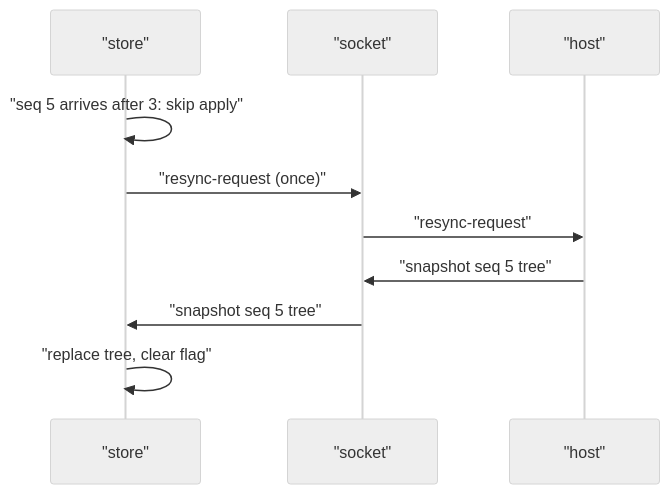
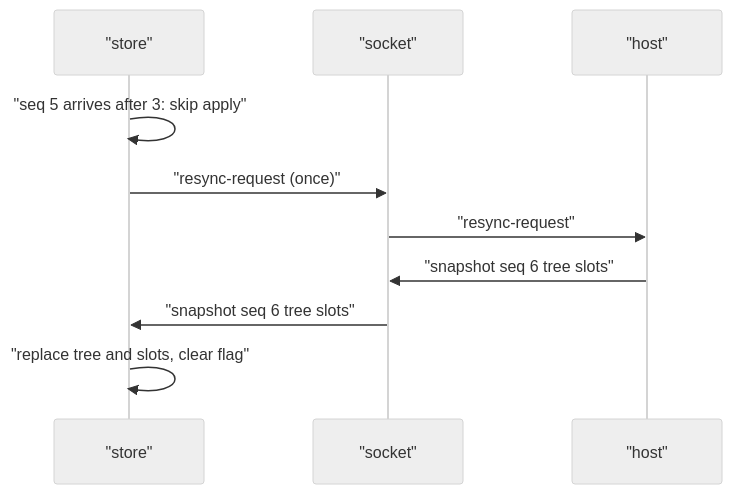
The fifth of 8 diagrams in docs/how-it-works.md (aaron-riact/flyrail), drawn with Mermaid (neutral theme) before and after one commit. The commit also changed other lines of this file and 1 other file, not shown here.

````diff
--- a/docs/how-it-works.md
+++ b/docs/how-it-works.md
@@ -126,12 +137,12 @@
 ```mermaid
 sequenceDiagram
     participant C as "store"
     participant S as "socket"
     participant H as "host"
     C->>C: "seq 5 arrives after 3: skip apply"
     C->>S: "resync-request (once)"
     S->>H: "resync-request"
-    H->>S: "snapshot seq 5 tree"
-    S->>C: "snapshot seq 5 tree"
-    C->>C: "replace tree, clear flag"
+    H->>S: "snapshot seq 6 tree slots"
+    S->>C: "snapshot seq 6 tree slots"
+    C->>C: "replace tree and slots, clear flag"
 ```
````
